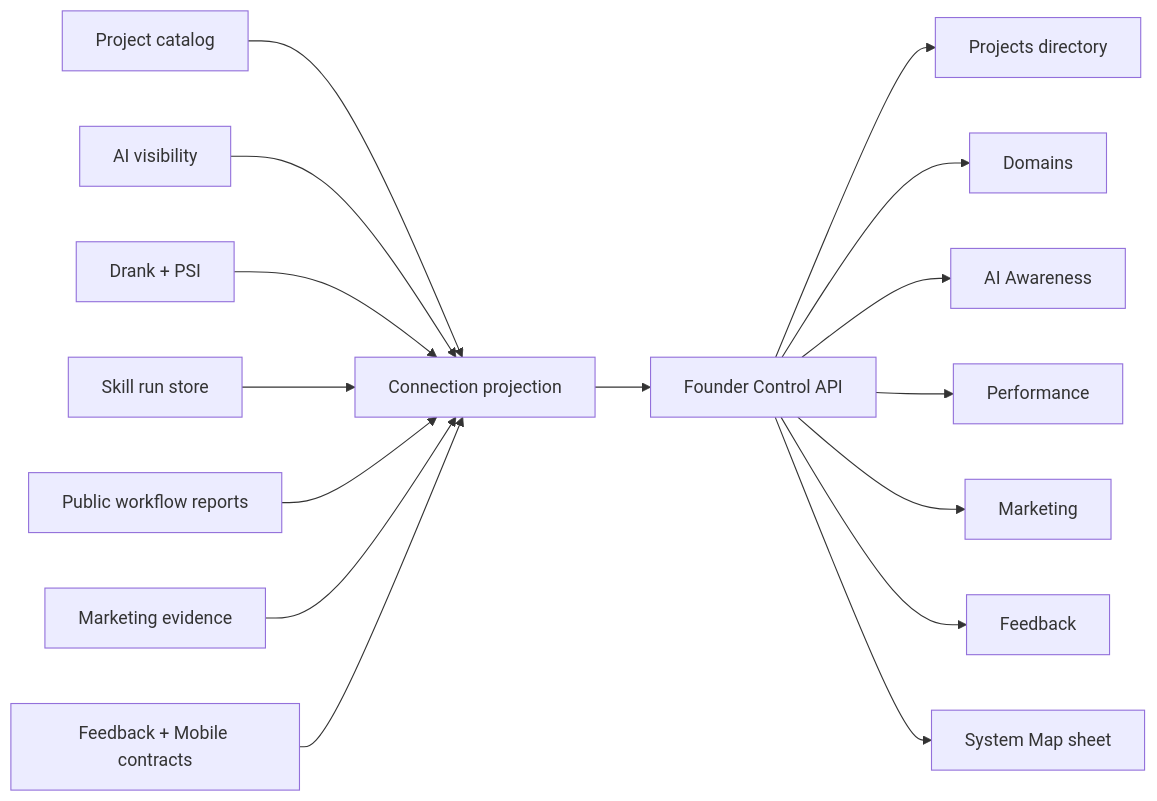
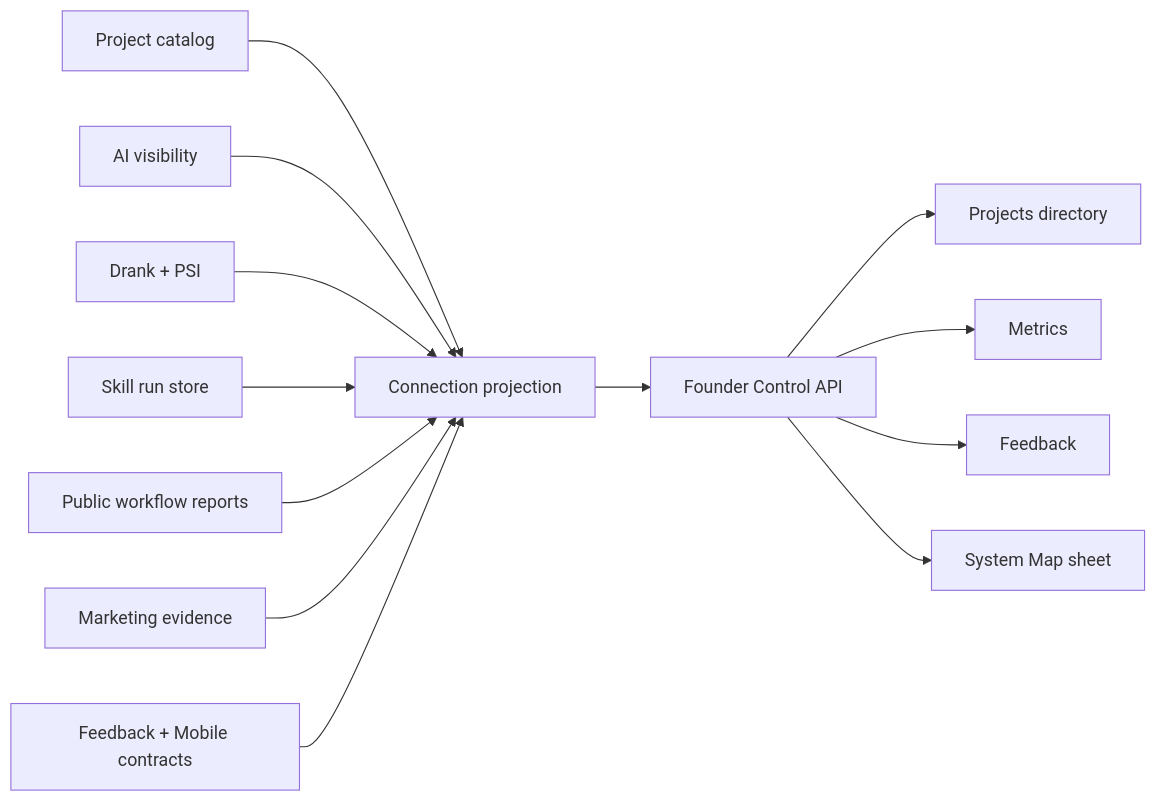
One commit to sass-maker/site-health changed the first of 3 diagrams in foundry/openspec/changes/integrate-fleet-console-connections/design.md. Above: the diagram before and after it, drawn with Mermaid. The commit also changed other lines of this file and 24 other files, not shown here.

````diff
--- a/foundry/openspec/changes/integrate-fleet-console-connections/design.md
+++ b/foundry/openspec/changes/integrate-fleet-console-connections/design.md
@@ -72,18 +66,15 @@
 ```mermaid
 flowchart LR
   Catalog[Project catalog] --> Projection[Connection projection]
   Visibility[AI visibility] --> Projection
   Domain[Drank + PSI] --> Projection
   Skills[Skill run store] --> Projection
   Public[Public workflow reports] --> Projection
   Marketing[Marketing evidence] --> Projection
   Contracts[Feedback + Mobile contracts] --> Projection
   Projection --> API[Founder Control API]
   API --> Projects[Projects directory]
-  API --> Domains[Domains]
-  API --> Awareness[AI Awareness]
-  API --> Performance[Performance]
-  API --> MarketingView[Marketing]
+  API --> Metrics[Metrics]
   API --> Feedback[Feedback]
   API --> Sheet[System Map sheet]
 ```
````
